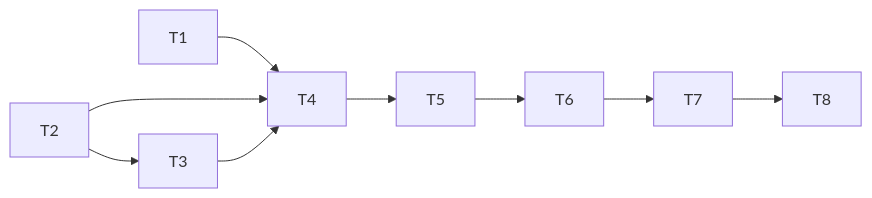
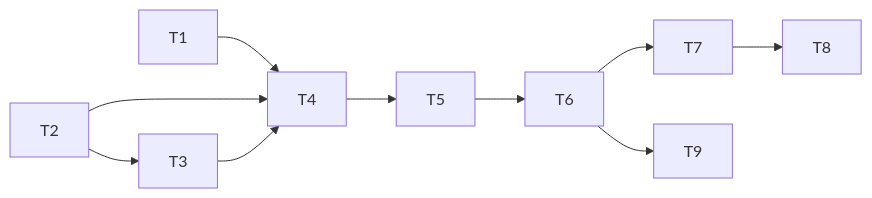
The diagram in STDD/incremental-review/tasks.md (twjohnwu/MRInspect), drawn with Mermaid before and after one commit. The commit also changed other lines of this file and 1 other file, not shown here.

````diff
--- a/STDD/incremental-review/tasks.md
+++ b/STDD/incremental-review/tasks.md
@@ -89,11 +99,12 @@
 ```mermaid
 flowchart LR
     T1 --> T4
     T2 --> T3
     T2 --> T4
     T3 --> T4
     T4 --> T5
     T5 --> T6
     T6 --> T7
+    T6 --> T9
     T7 --> T8
 ```
````
